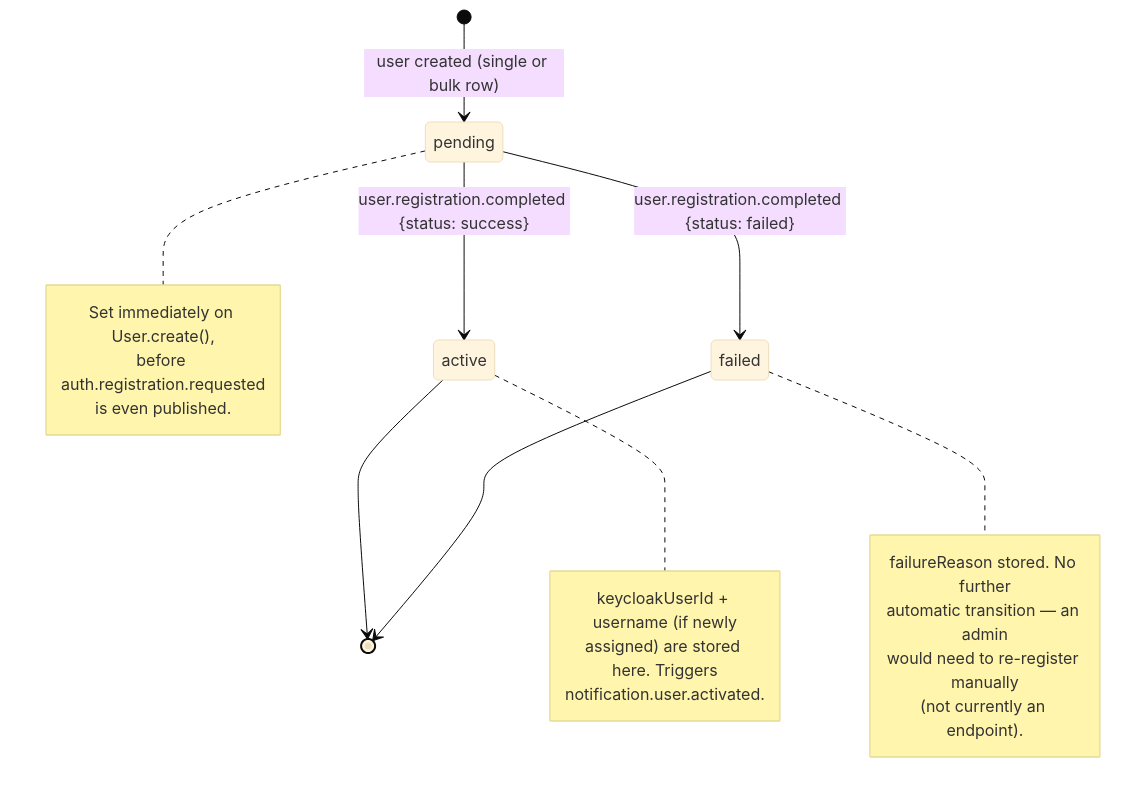
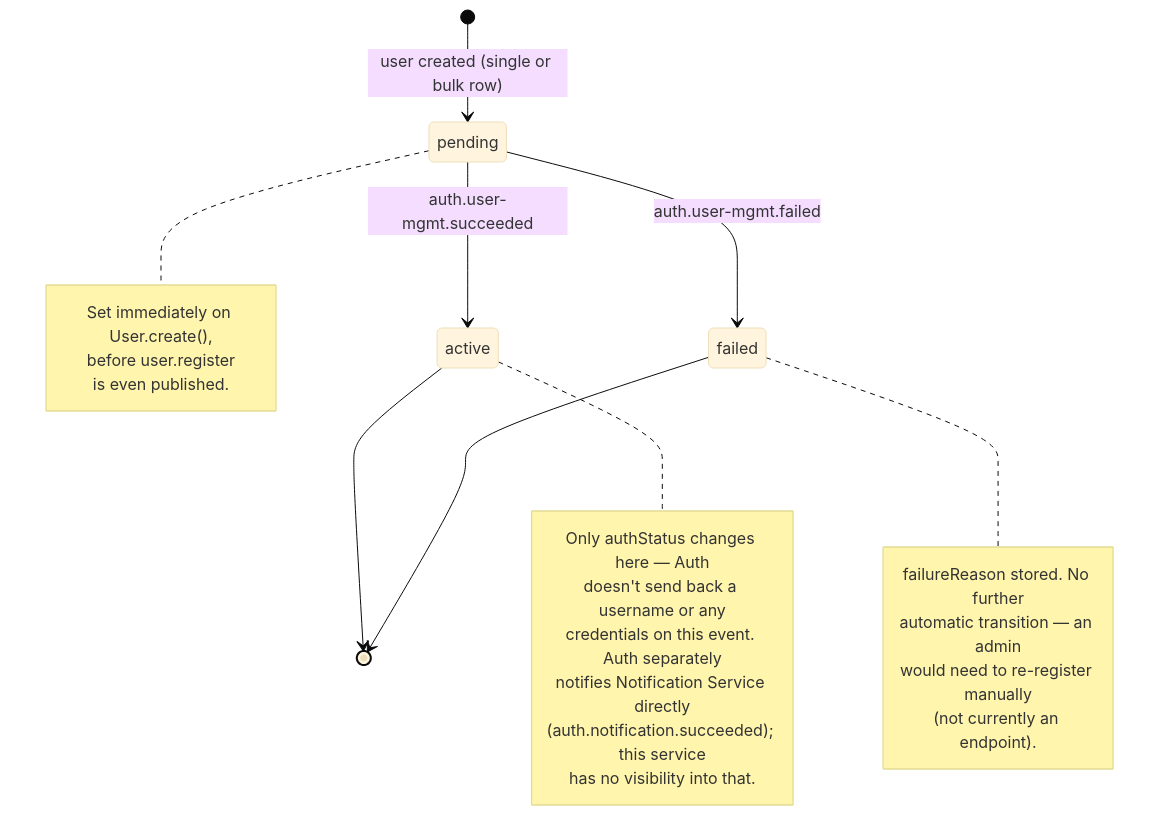
The ninth of 9 diagrams in apps/user-management/docs/DOCUMENTATION.md (NanduHasaranga/uom-mis-backend), drawn with Mermaid (base theme) before and after one commit. The commit also changed other lines of this file and 20 other files, not shown here.

````diff
--- a/apps/user-management/docs/DOCUMENTATION.md
+++ b/apps/user-management/docs/DOCUMENTATION.md
@@ -395,27 +381,30 @@
 ```mermaid
 stateDiagram-v2
     [*] --> pending: user created (single or bulk row)
-    pending --> active: user.registration.completed {status: success}
-    pending --> failed: user.registration.completed {status: failed}
+    pending --> active: auth.user-mgmt.succeeded
+    pending --> failed: auth.user-mgmt.failed
     active --> [*]
     failed --> [*]
 
     note right of pending
         Set immediately on User.create(),
-        before auth.registration.requested
+        before user.register
         is even published.
     end note
 
     note right of active
-        keycloakUserId + username (if newly
-        assigned) are stored here. Triggers
-        notification.user.activated.
+        Only authStatus changes here — Auth
+        doesn't send back a username or any
+        credentials on this event. Auth separately
+        notifies Notification Service directly
+        (auth.notification.succeeded); this service
+        has no visibility into that.
     end note
 
     note right of failed
         failureReason stored. No further
         automatic transition — an admin
         would need to re-register manually
         (not currently an endpoint).
     end note
 ```
````
